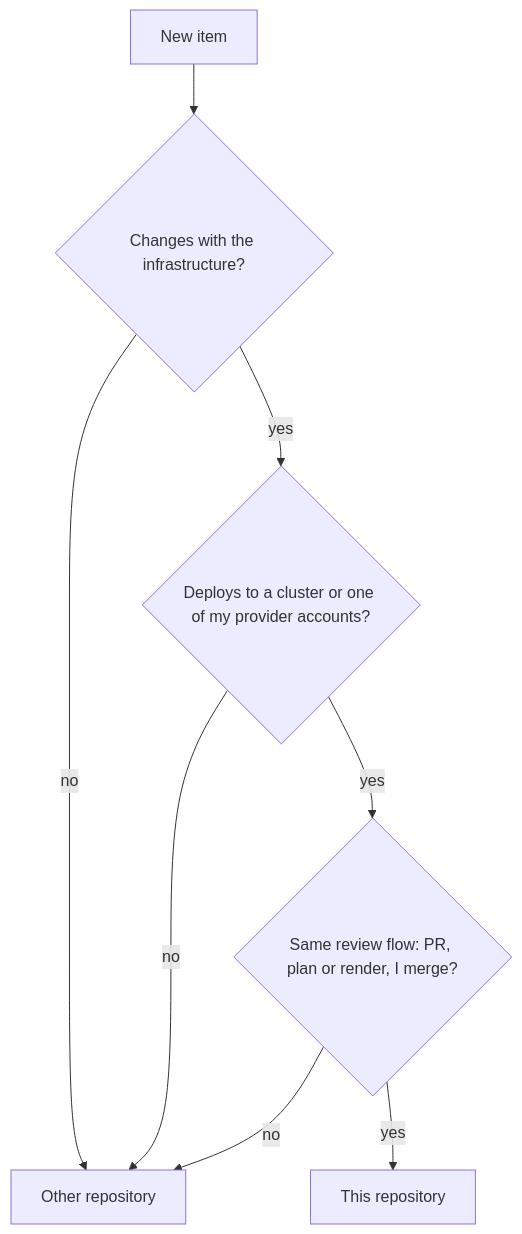
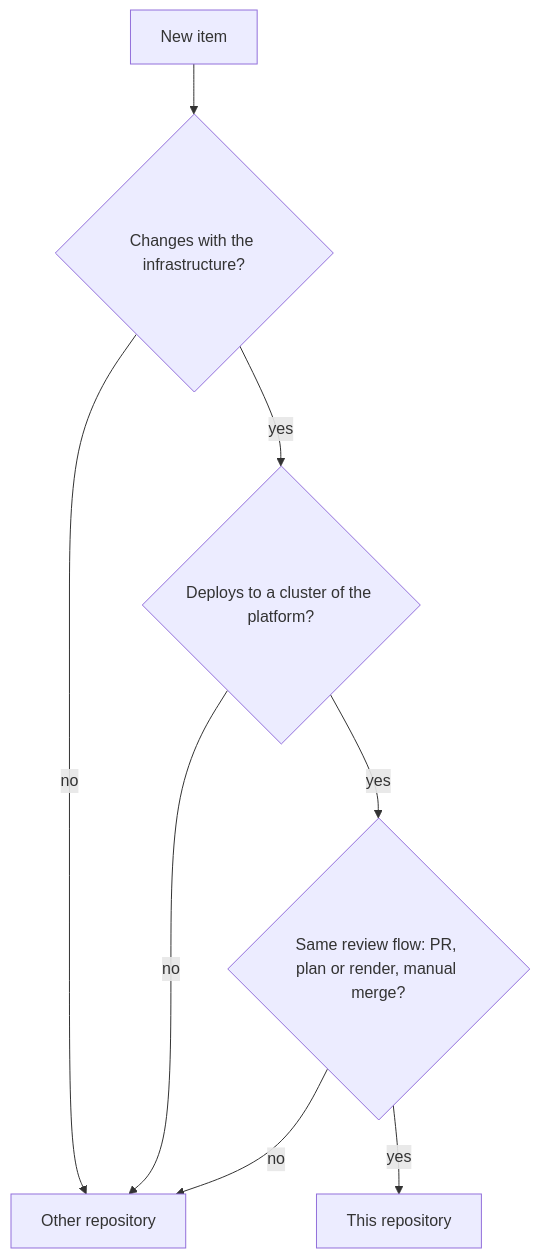
The diagram in docs/explanation/repository-scope.md (gsuquet/homelab), drawn with Mermaid before and after one commit. The commit also changed other lines of this file and 8 other files, not shown here.

````diff
--- a/docs/explanation/repository-scope.md
+++ b/docs/explanation/repository-scope.md
@@ -13,10 +21,10 @@
 ```mermaid
 flowchart TD
     A[New item] --> B{Changes with the infrastructure?}
     B -->|no| X[Other repository]
-    B -->|yes| C{Deploys to a cluster or one of my provider accounts?}
+    B -->|yes| C{Deploys to a cluster of the platform?}
     C -->|no| X
-    C -->|yes| D{Same review flow: PR, plan or render, I merge?}
+    C -->|yes| D{Same review flow: PR, plan or render, manual merge?}
     D -->|no| X
     D -->|yes| I[This repository]
 ```
````
